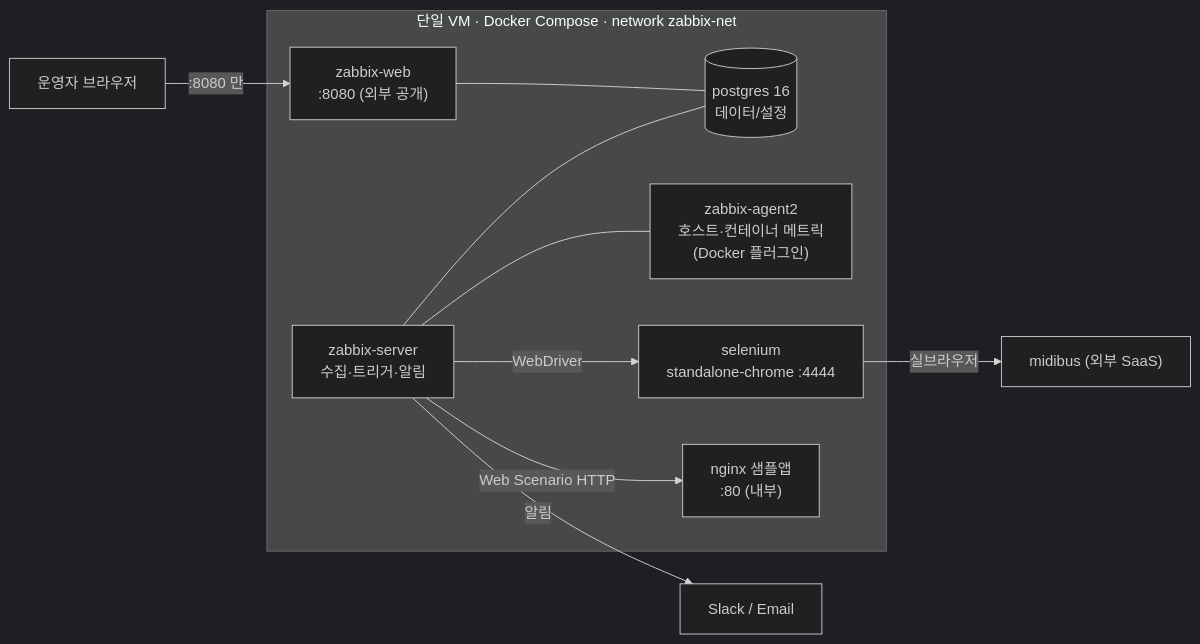
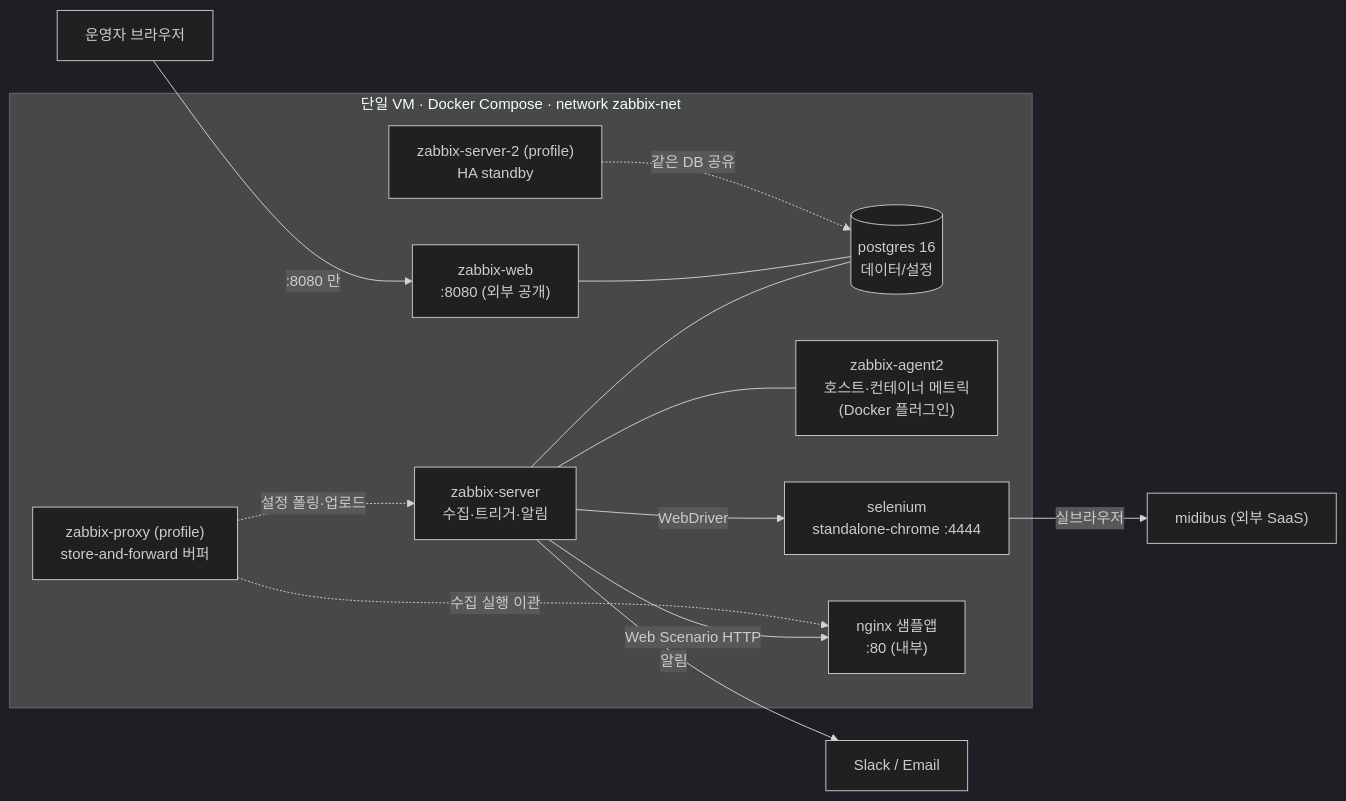
The diagram in README.md (swoo0514/zabbix-e2e-monitoring), drawn with Mermaid (dark theme) before and after one commit. The commit also changed other lines of this file and 1 other file, not shown here.

````diff
--- a/README.md
+++ b/README.md
@@ -52,19 +52,22 @@
 ```mermaid
 flowchart LR
   subgraph VM["단일 VM · Docker Compose · network zabbix-net"]
     web["zabbix-web<br>:8080 (외부 공개)"]
     server["zabbix-server<br>수집·트리거·알림"]
     db[("postgres 16<br>데이터/설정")]
     agent["zabbix-agent2<br>호스트·컨테이너 메트릭<br>(Docker 플러그인)"]
     sel["selenium<br>standalone-chrome :4444"]
     nginx["nginx 샘플앱<br>:80 (내부)"]
     server --- db
     web --- db
     server --- agent
     server -->|WebDriver| sel
     server -->|Web Scenario HTTP| nginx
+    proxy["zabbix-proxy (profile)<br>store-and-forward 버퍼"] -.->|"수집 실행 이관"| nginx
+    proxy -.->|"설정 폴링·업로드"| server
+    server2["zabbix-server-2 (profile)<br>HA standby"] -.->|"같은 DB 공유"| db
   end
   admin["운영자 브라우저"] -->|":8080 만"| web
   sel -->|"실브라우저"| midibus["midibus (외부 SaaS)"]
   server -->|알림| notify["Slack / Email"]
 ```
````
